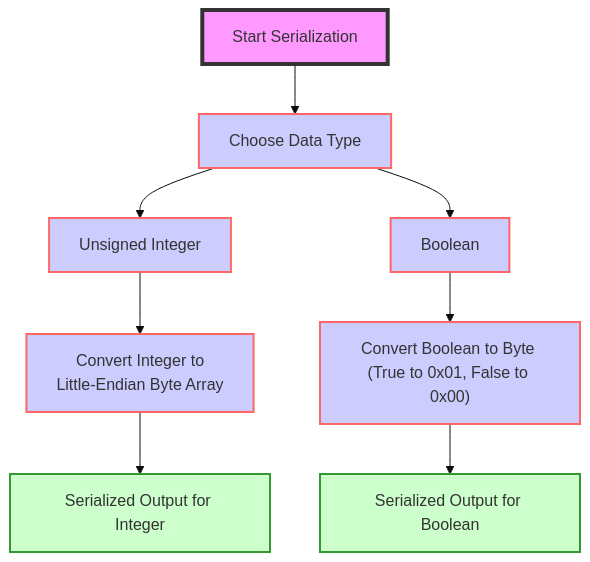
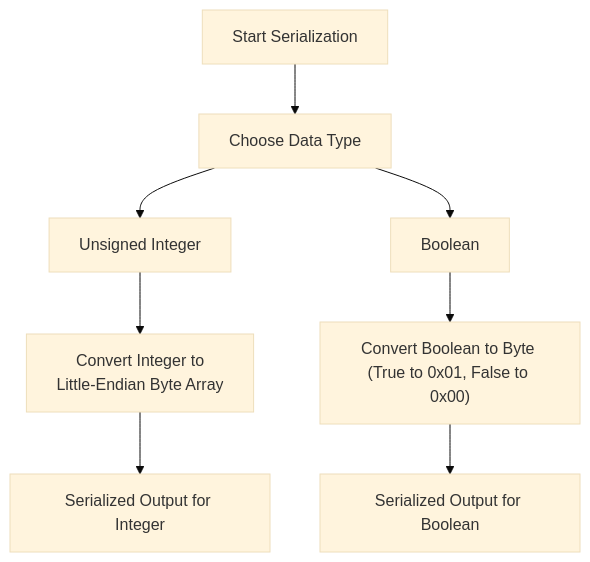
Before and after one commit to eth-protocol-fellows/protocol-studies: the first of 12 diagrams in docs/wiki/CL/SSZ.md, drawn with Mermaid (base theme). The commit also changed other lines of this file and 2 other files, not shown here.

````diff
--- a/docs/wiki/CL/SSZ.md
+++ b/docs/wiki/CL/SSZ.md
@@ -55,19 +55,13 @@
 ```mermaid
 flowchart TD
     A[Start Serialization] --> B[Choose Data Type]
     B --> C[Unsigned Integer]
     B --> D[Boolean]
     
     C --> E[Convert Integer to \nLittle-Endian Byte Array]
     E --> F[Serialized Output for Integer]
     
     D --> G["Convert Boolean to Byte \n(True to 0x01, False to 0x00)"]
     G --> H[Serialized Output for Boolean]
     
-    classDef startEnd fill:#f9f,stroke:#333,stroke-width:4px;
-    class A startEnd;
-    classDef process fill:#ccf,stroke:#f66,stroke-width:2px;
-    class B,C,D,E,G process;
-    classDef output fill:#cfc,stroke:#393,stroke-width:2px;
-    class F,H output;
 ```
````
